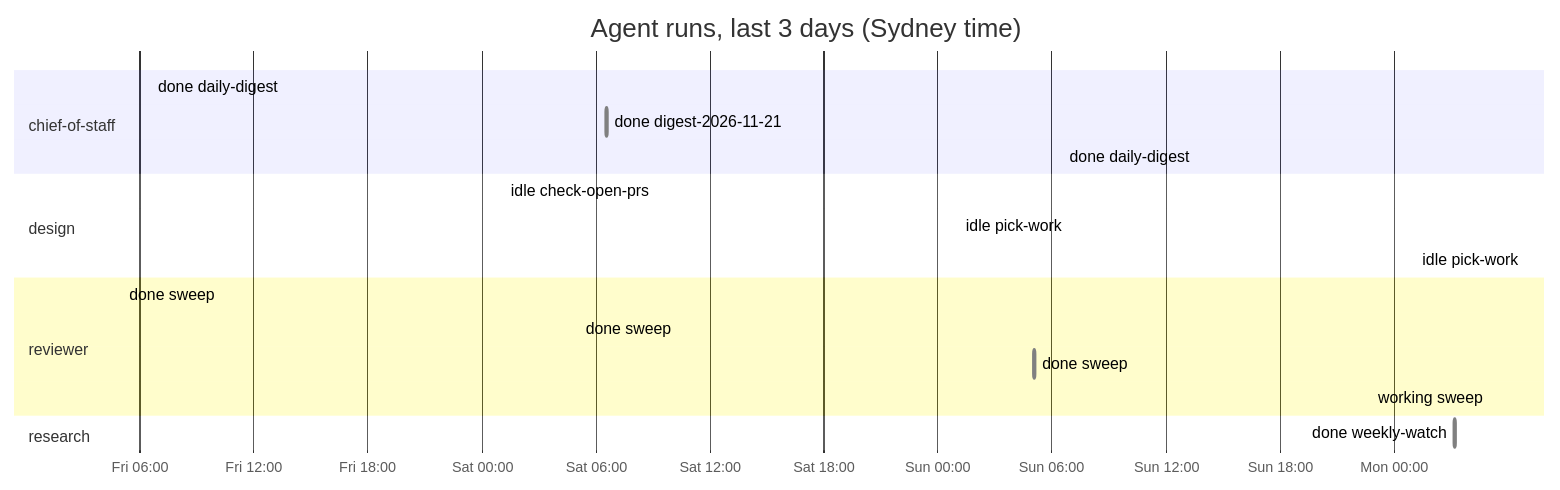
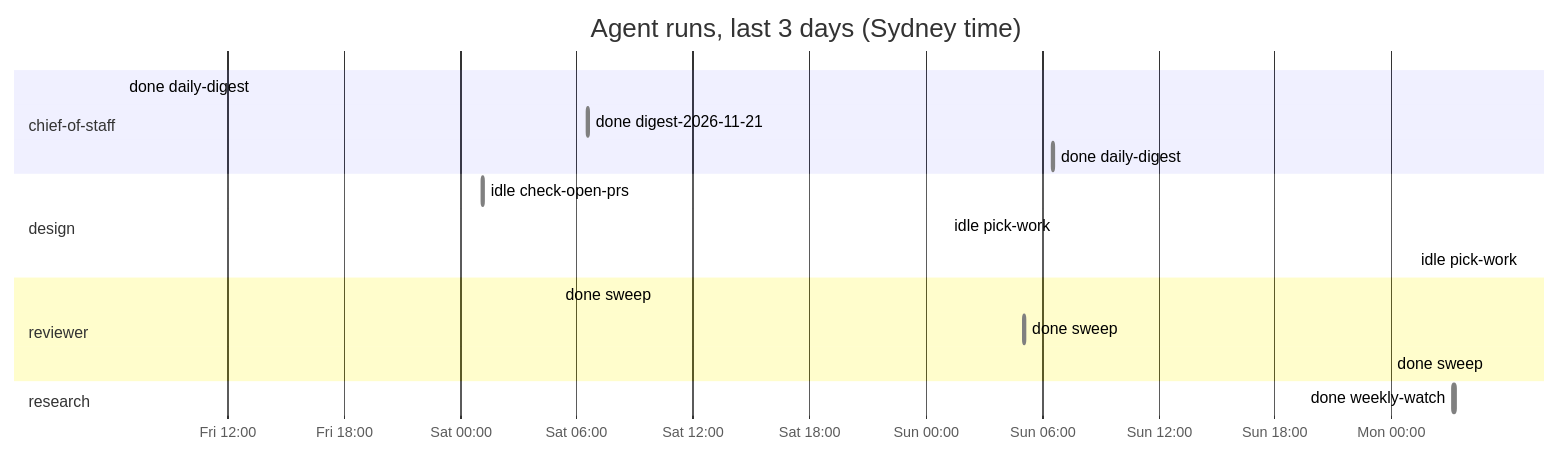
The diagram in dashboard.md (roulmediateam-byte/fifteen-expert-hq), drawn with Mermaid before and after one commit. The commit also changed other lines of this file and 1 other file, not shown here.

````diff
--- a/dashboard.md
+++ b/dashboard.md
@@ -50,21 +50,20 @@
 ```mermaid
 gantt
     title Agent runs, last 3 days (Sydney time)
     dateFormat YYYY-MM-DD HH:mm
     axisFormat %a %H:%M
     section chief-of-staff
     done daily-digest :done, 2026-11-20 06:35, 2026-11-20 06:37
     done digest-2026-11-21 :done, 2026-11-21 06:34, 2026-11-21 06:36
     done daily-digest :done, 2026-11-22 06:34, 2026-11-22 06:36
     section design
     idle check-open-prs :done, 2026-11-21 01:10, 2026-11-21 01:11
     idle pick-work :done, 2026-11-22 01:08, 2026-11-22 01:08
     idle pick-work :done, 2026-11-23 01:08, 2026-11-23 01:09
     section reviewer
-    done sweep :done, 2026-11-20 05:05, 2026-11-20 05:05
     done sweep :done, 2026-11-21 05:05, 2026-11-21 05:06
     done sweep :done, 2026-11-22 05:05, 2026-11-22 05:06
-    working sweep :active, 2026-11-23 05:04, 2026-11-23 05:05
+    done sweep :done, 2026-11-23 05:04, 2026-11-23 05:06
     section research
     done weekly-watch :done, 2026-11-23 03:10, 2026-11-23 03:17
 ```
````
